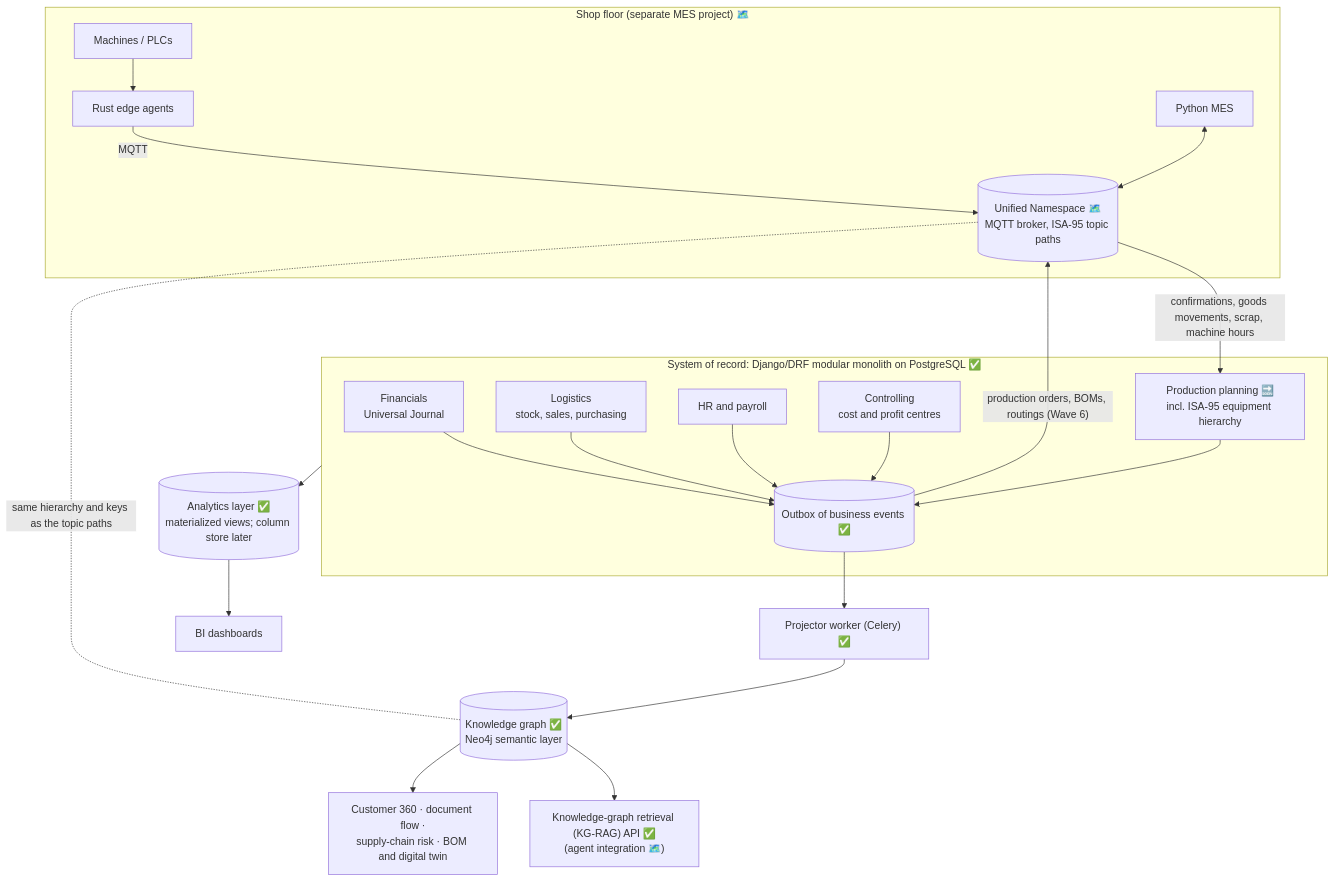
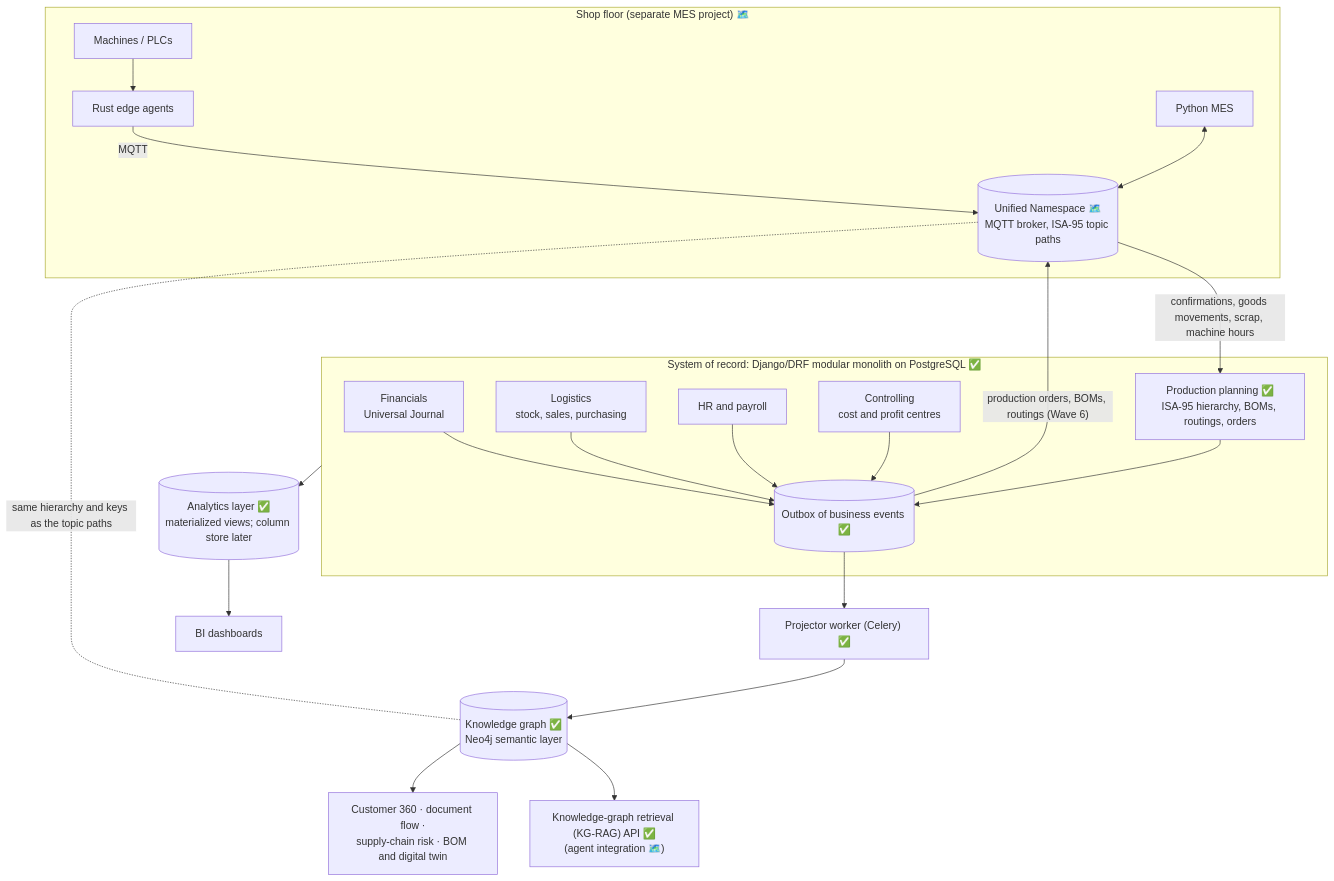
The diagram in docs/ARCHITECTURE.md (mokwenaanthony-dev/ERP-Intelligence), drawn with Mermaid before and after one commit. The commit also changed other lines of this file and 26 other files, not shown here.

Commit message:
Wave 5b: production orders (261 issue, confirmations, 101 receipt, variance settlement) and exact decimals in API responses

````diff
--- a/docs/ARCHITECTURE.md
+++ b/docs/ARCHITECTURE.md
@@ -13,30 +13,30 @@
 ```mermaid
 flowchart TB
     subgraph Floor["Shop floor (separate MES project) 🗺️"]
         PLC["Machines / PLCs"] --> EDGE["Rust edge agents"]
         EDGE -- "MQTT" --> UNS[("Unified Namespace 🗺️<br/>MQTT broker, ISA-95 topic paths")]
         MES["Python MES"] <--> UNS
     end
 
     subgraph Core["System of record: Django/DRF modular monolith on PostgreSQL ✅"]
         FI["Financials<br/>Universal Journal"]
         LO["Logistics<br/>stock, sales, purchasing"]
         HR["HR and payroll"]
         CO["Controlling<br/>cost and profit centres"]
-        PP["Production planning 🔜<br/>incl. ISA-95 equipment hierarchy"]
+        PP["Production planning ✅<br/>ISA-95 hierarchy, BOMs, routings, orders"]
         OUT[("Outbox of business events ✅")]
         FI & LO & HR & CO & PP --> OUT
     end
 
     UNS -- "confirmations, goods movements, scrap, machine hours" --> PP
     OUT -- "production orders, BOMs, routings (Wave 6)" --> UNS
     KG -. "same hierarchy and keys as the topic paths" .- UNS
 
     OUT --> PROJ["Projector worker (Celery) ✅"]
     PROJ --> KG[("Knowledge graph ✅<br/>Neo4j semantic layer")]
     Core --> AN[("Analytics layer ✅<br/>materialized views; column store later")]
 
     KG --> RAG["Knowledge-graph retrieval (KG-RAG) API ✅<br/>(agent integration 🗺️)"]
     KG --> APPS["Customer 360 · document flow ·<br/>supply-chain risk · BOM and digital twin"]
     AN --> BI["BI dashboards"]
 ```
````
